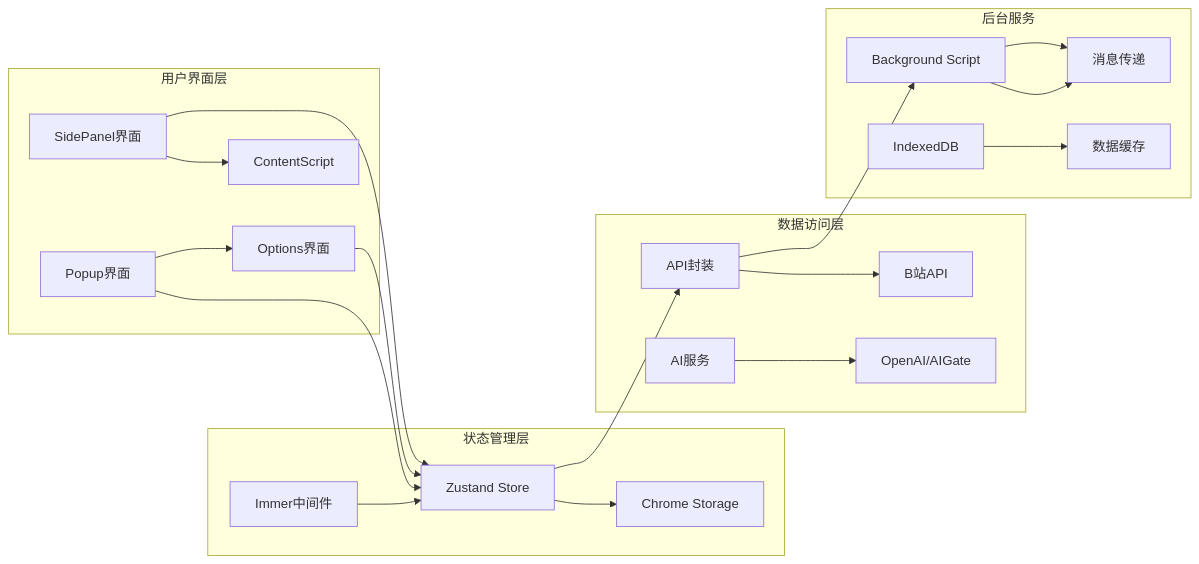
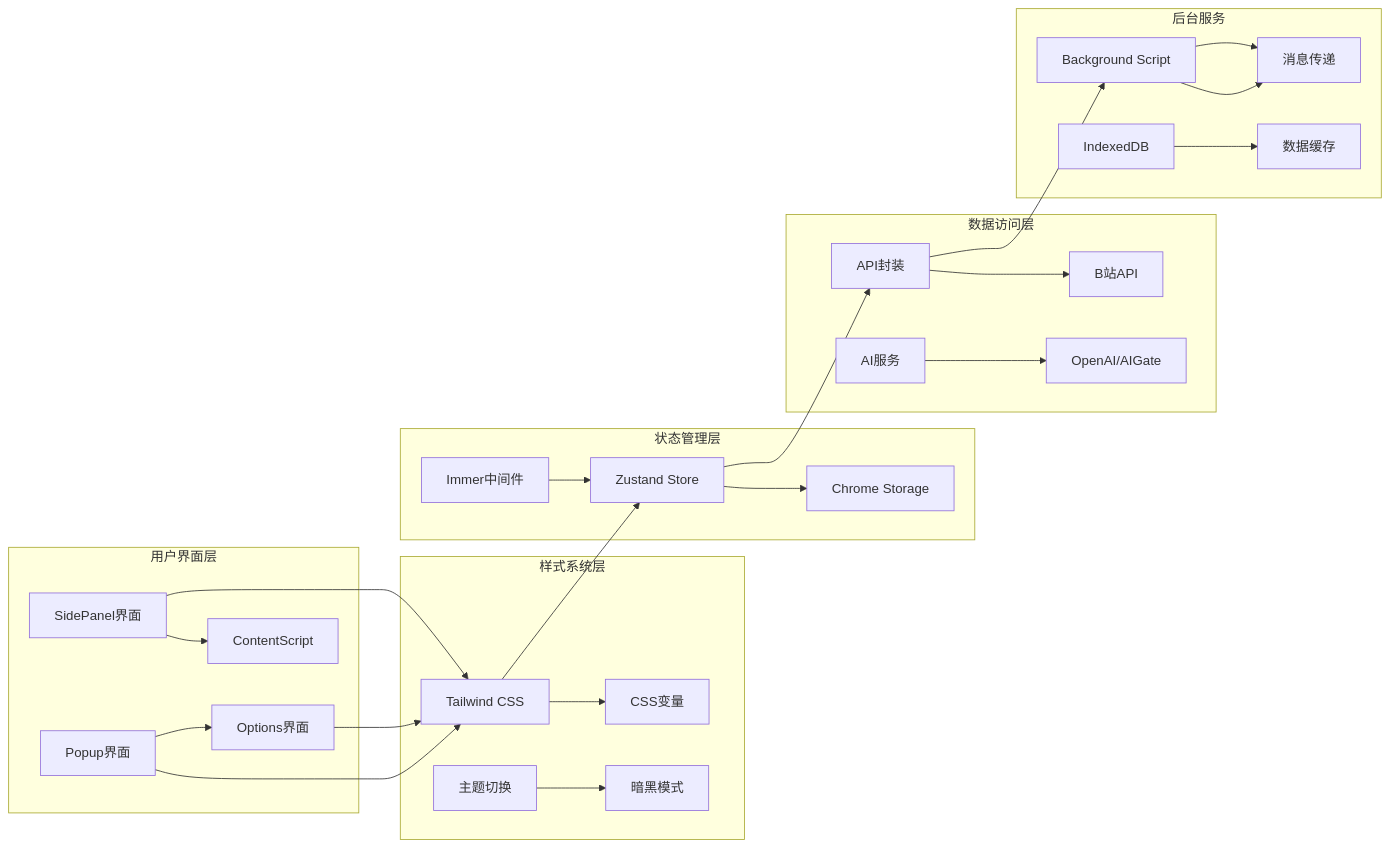
The second of 16 diagrams in .qoder/repowiki/zh/content/开发指南/React最佳实践系统.md (RadiumAg/bilibili-favorites), drawn with Mermaid before and after one commit. The commit also changed other lines of this file and 4 other files, not shown here.

````diff
--- a/.qoder/repowiki/zh/content/开发指南/React最佳实践系统.md
+++ b/.qoder/repowiki/zh/content/开发指南/React最佳实践系统.md
@@ -94,25 +117,30 @@
 ```mermaid
 graph LR
 subgraph "用户界面层"
 A[Popup界面] --> B[Options界面]
 C[SidePanel界面] --> D[ContentScript]
 end
+subgraph "样式系统层"
+E[Tailwind CSS] --> F[CSS变量]
+G[主题切换] --> H[暗黑模式]
+end
 subgraph "状态管理层"
-E[Zustand Store] --> F[Chrome Storage]
-G[Immer中间件] --> E
+I[Zustand Store] --> J[Chrome Storage]
+K[Immer中间件] --> I
 end
 subgraph "数据访问层"
-H[API封装] --> I[B站API]
-J[AI服务] --> K[OpenAI/AIGate]
+L[API封装] --> M[B站API]
+N[AI服务] --> O[OpenAI/AIGate]
 end
 subgraph "后台服务"
-L[Background Script] --> M[消息传递]
-N[IndexedDB] --> O[数据缓存]
+P[Background Script] --> Q[消息传递]
+R[IndexedDB] --> S[数据缓存]
 end
 A --> E
 B --> E
 C --> E
-E --> H
-H --> L
-L --> M
+E --> I
+I --> L
+L --> P
+P --> Q
 ```
````
